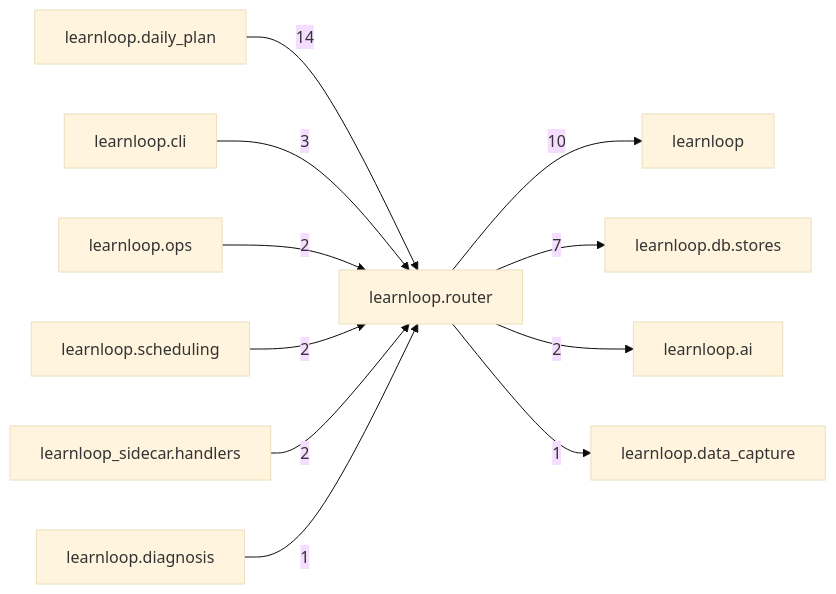
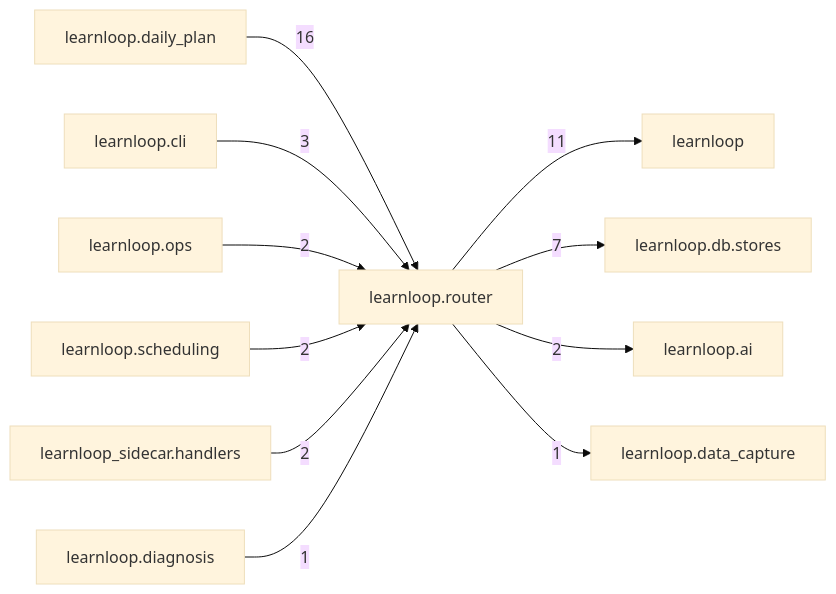
The diagram in docs/learnloop-architecture-vault/Reference/Modules/learnloop/router/_package.md (6up-b/learnanything), drawn with Mermaid (base theme) before and after one commit. The commit also changed other lines of this file and 585 other files, not shown here.

First line of the commit message:
RO4 (5): specs amended (§13: action router §7.3, the R2 plan §3.3, daily loop §6.8, frictionless P1a, AD §8.2; §8.11 as built), the stage record, references regenerated

````diff
--- a/docs/learnloop-architecture-vault/Reference/Modules/learnloop/router/_package.md
+++ b/docs/learnloop-architecture-vault/Reference/Modules/learnloop/router/_package.md
@@ -96,24 +97,24 @@
 ```mermaid
 flowchart LR
     center["learnloop.router"]
     n_learnloop_daily_plan["learnloop.daily_plan"]
     n_learnloop["learnloop"]
     n_learnloop_db_stores["learnloop.db.stores"]
     n_learnloop_cli["learnloop.cli"]
     n_learnloop_ai["learnloop.ai"]
     n_learnloop_ops["learnloop.ops"]
     n_learnloop_scheduling["learnloop.scheduling"]
     n_learnloop_sidecar_handlers["learnloop_sidecar.handlers"]
     n_learnloop_data_capture["learnloop.data_capture"]
     n_learnloop_diagnosis["learnloop.diagnosis"]
-    n_learnloop_daily_plan -->|14| center
-    center -->|10| n_learnloop
+    n_learnloop_daily_plan -->|16| center
+    center -->|11| n_learnloop
     center -->|7| n_learnloop_db_stores
     n_learnloop_cli -->|3| center
     center -->|2| n_learnloop_ai
     n_learnloop_ops -->|2| center
     n_learnloop_scheduling -->|2| center
     n_learnloop_sidecar_handlers -->|2| center
     center -->|1| n_learnloop_data_capture
     n_learnloop_diagnosis -->|1| center
 ```
````
